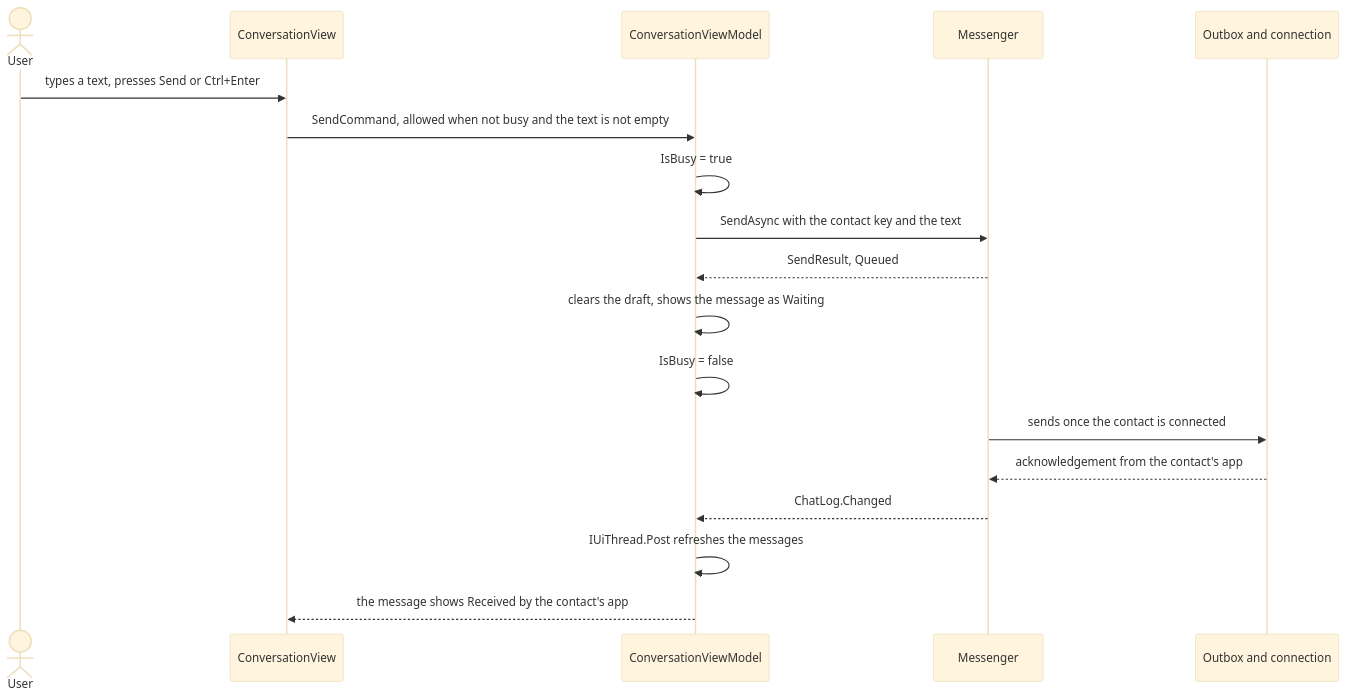
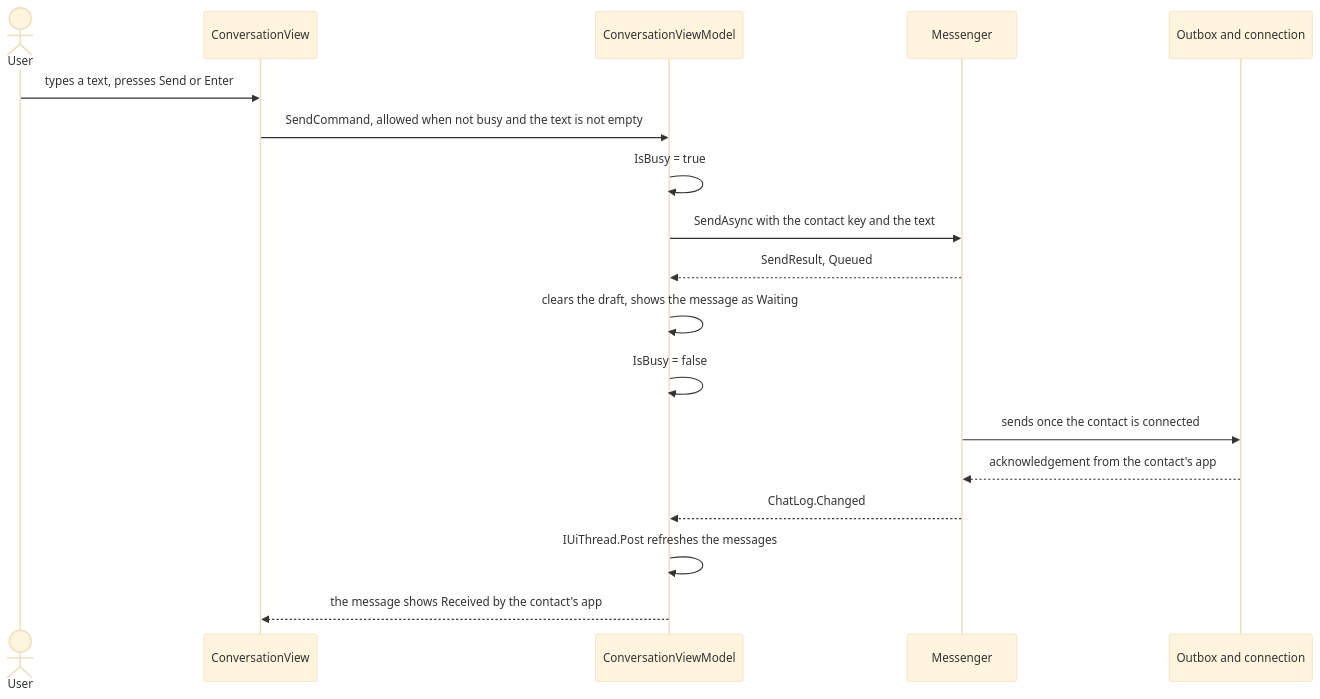
The second of 3 diagrams in src/P2PMessenger.UI/README.md (KaunazDagaz/P2PMessenger), drawn with Mermaid (base theme) before and after one commit. The commit also changed other lines of this file and 103 other files, not shown here.

````diff
--- a/src/P2PMessenger.UI/README.md
+++ b/src/P2PMessenger.UI/README.md
@@ -147,21 +150,21 @@
 ```mermaid
 sequenceDiagram
     actor User
     participant View as ConversationView
     participant VM as ConversationViewModel
     participant M as Messenger
     participant Net as Outbox and connection
 
-    User->>View: types a text, presses Send or Ctrl+Enter
+    User->>View: types a text, presses Send or Enter
     View->>VM: SendCommand, allowed when not busy and the text is not empty
     VM->>VM: IsBusy = true
     VM->>M: SendAsync with the contact key and the text
     M-->>VM: SendResult, Queued
     VM->>VM: clears the draft, shows the message as Waiting
     VM->>VM: IsBusy = false
     M->>Net: sends once the contact is connected
     Net-->>M: acknowledgement from the contact's app
     M-->>VM: ChatLog.Changed
     VM->>VM: IUiThread.Post refreshes the messages
     VM-->>View: the message shows Received by the contact's app
 ```
````
